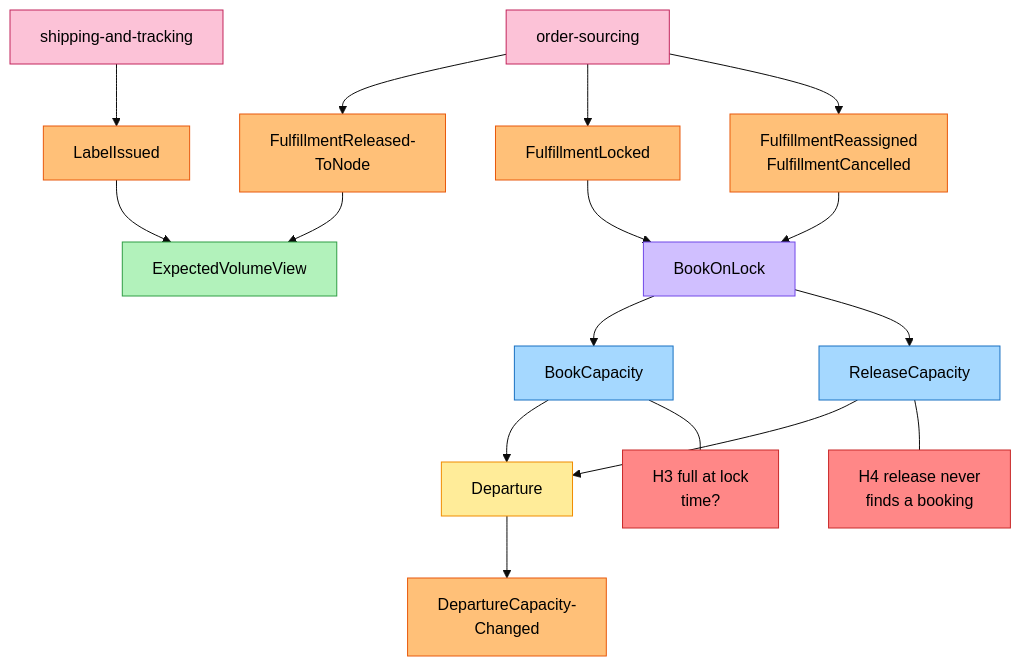
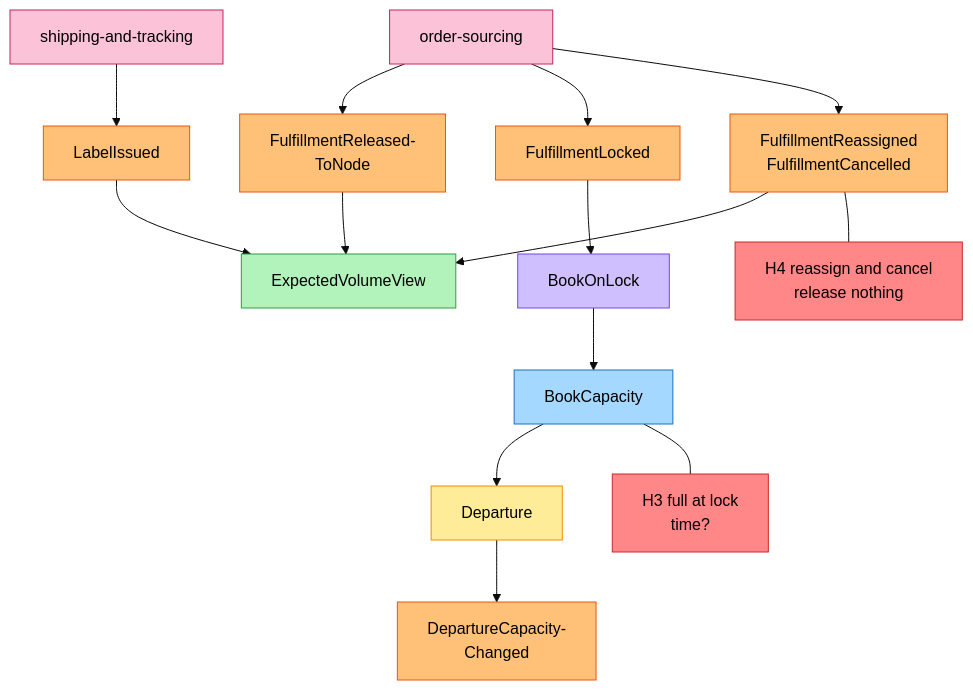
One commit to IQVO/warehouse-docs changed the second of 4 diagrams in network/docs/contexts/linehaul-transportation/eventstorming.md. Above: the diagram before and after it, drawn with Mermaid (base theme). The commit also changed other lines of this file and 8 other files, not shown here.

Commit message:
network(linehaul-transportation): align model and pack with ADR 0002 (no release on cancel/reassign, shared slugs, departure commands driven by loads, pickup departsAt = cutoff)

````diff
--- a/network/docs/contexts/linehaul-transportation/eventstorming.md
+++ b/network/docs/contexts/linehaul-transportation/eventstorming.md
@@ -75,32 +75,30 @@
 ```mermaid
 flowchart TB
     classDef cmd fill:#a5d8ff,stroke:#1971c2,color:#000
     classDef agg fill:#ffec99,stroke:#f08c00,color:#000
     classDef evt fill:#ffc078,stroke:#e8590c,color:#000
     classDef pol fill:#d0bfff,stroke:#7048e8,color:#000
     classDef rm fill:#b2f2bb,stroke:#2f9e44,color:#000
     classDef ext fill:#fcc2d7,stroke:#c2255c,color:#000
     classDef hot fill:#ff8787,stroke:#c92a2a,color:#000
     OS["order-sourcing"]:::ext
     E0["FulfillmentReleased-<br/>ToNode"]:::evt
     E1["FulfillmentLocked"]:::evt
     E2["FulfillmentReassigned<br/>FulfillmentCancelled"]:::evt
     ST["shipping-and-tracking"]:::ext
     E3["LabelIssued"]:::evt
     RM["ExpectedVolumeView"]:::rm
     P1["BookOnLock"]:::pol
     C1["BookCapacity"]:::cmd
-    C2["ReleaseCapacity"]:::cmd
     A1["Departure"]:::agg
     E4["DepartureCapacity-<br/>Changed"]:::evt
     H3["H3 full at lock<br/>time?"]:::hot
-    H4["H4 release never<br/>finds a booking"]:::hot
+    H4["H4 reassign and cancel<br/>release nothing"]:::hot
     OS --> E0 --> RM
     OS --> E1 --> P1 --> C1 --> A1
-    OS --> E2 --> P1
-    P1 --> C2 --> A1
+    OS --> E2 --> RM
     ST --> E3 --> RM
     A1 --> E4
     C1 --- H3
-    C2 --- H4
+    E2 --- H4
 ```
````
